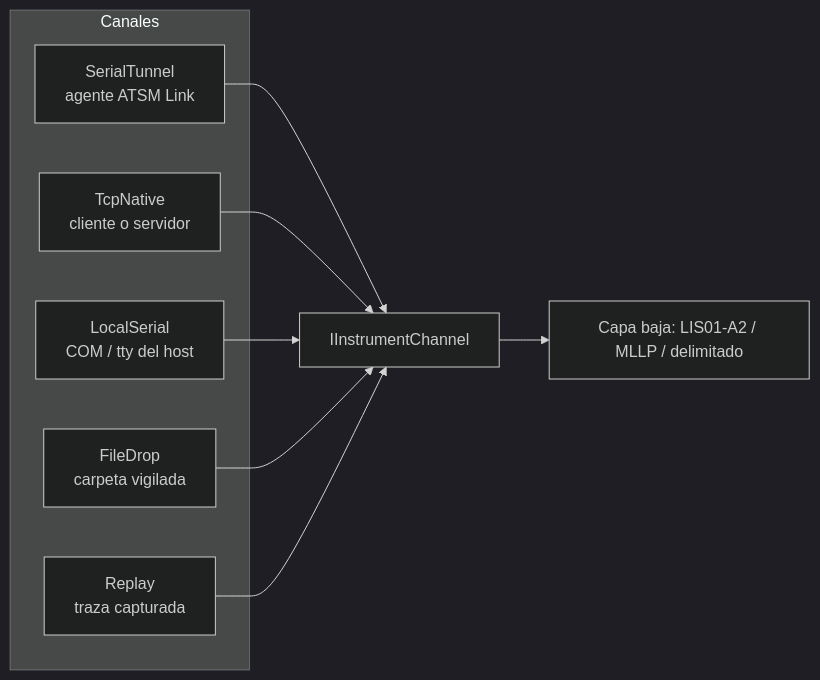
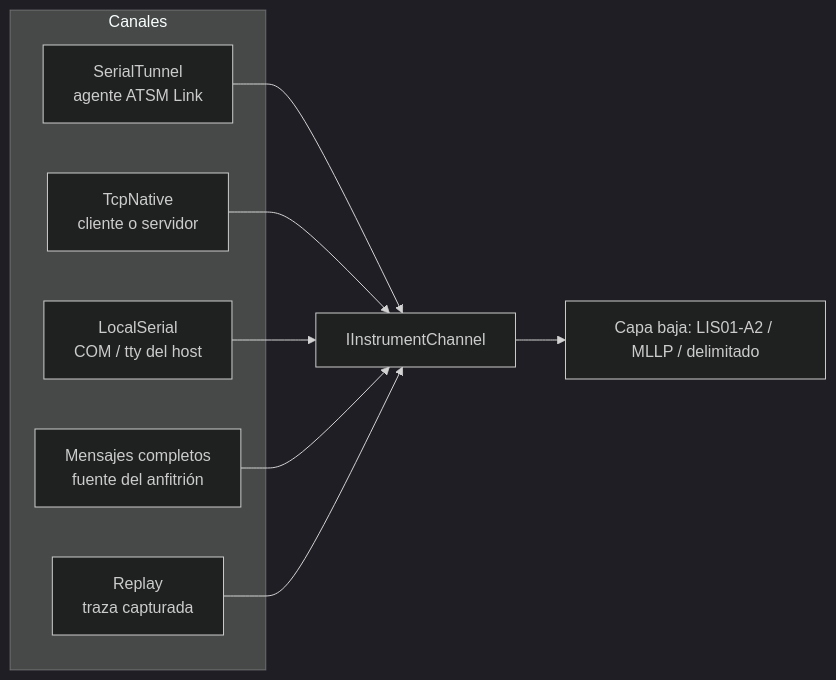
Before and after one commit to kalyx-ar/ASTM: the diagram in Documentacion/INTERFAZ-COMUNICACION.md, drawn with Mermaid (dark theme). The commit also changed other lines of this file and 36 other files, not shown here.

First line of the commit message:
feat: mensajes completos y HL7 con trazas del anfitrión (#205)

````diff
--- a/Documentacion/INTERFAZ-COMUNICACION.md
+++ b/Documentacion/INTERFAZ-COMUNICACION.md
@@ -9,12 +9,12 @@
 ```mermaid
 flowchart LR
     subgraph Canales
       A[SerialTunnel<br/>agente ATSM Link]
       B[TcpNative<br/>cliente o servidor]
       C[LocalSerial<br/>COM / tty del host]
-      D[FileDrop<br/>carpeta vigilada]
+      D[Mensajes completos<br/>fuente del anfitrión]
       E[Replay<br/>traza capturada]
     end
     A & B & C & D & E --> I[IInstrumentChannel]
     I --> L[Capa baja: LIS01-A2 / MLLP / delimitado]
 ```
````
